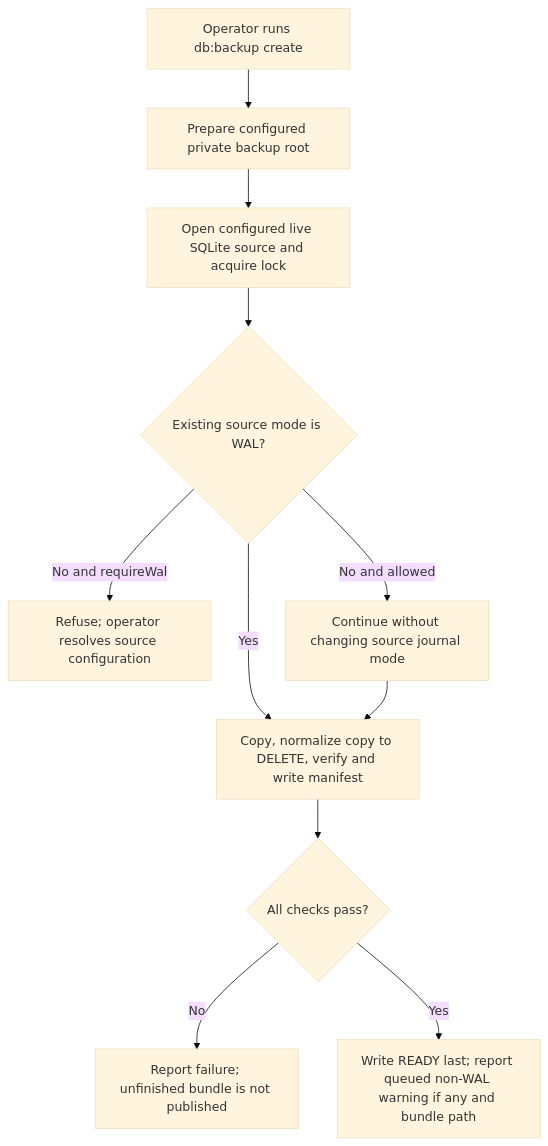
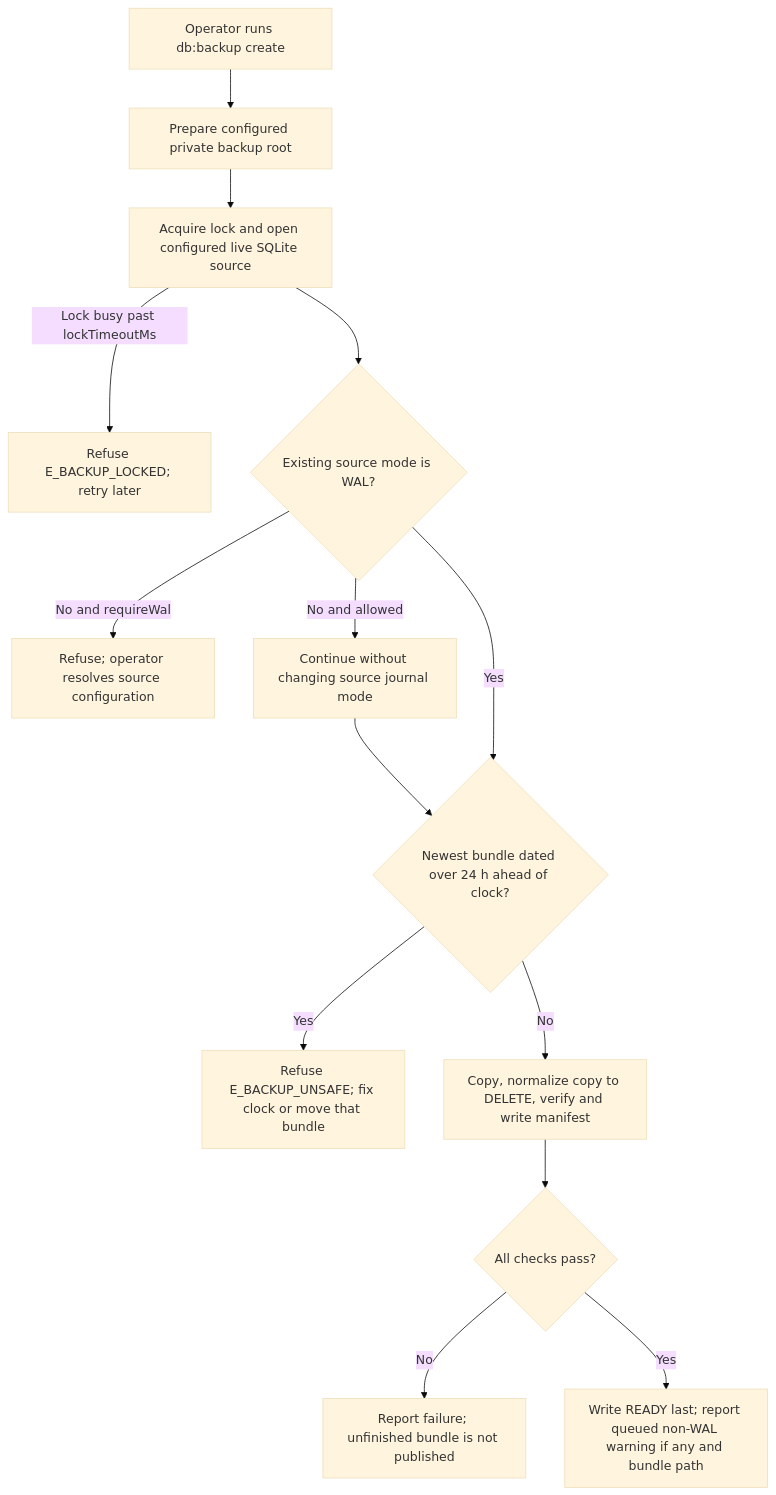
The first of 2 diagrams in user-stories/create-bundle/us-op-01-create-bundle.md (Kevinjohn/oss-adonisjs-sqlite-backup), drawn with Mermaid (base theme) before and after one commit. The commit also changed other lines of this file and 9 other files, not shown here.

````diff
--- a/user-stories/create-bundle/us-op-01-create-bundle.md
+++ b/user-stories/create-bundle/us-op-01-create-bundle.md
@@ -22,13 +23,16 @@
 ```mermaid
 flowchart TD
     A["Operator runs db:backup create"] --> B["Prepare configured private backup root"]
-    B --> C["Open configured live SQLite source and acquire lock"]
+    B --> C["Acquire lock and open configured live SQLite source"]
+    C -->|Lock busy past lockTimeoutMs| X["Refuse E_BACKUP_LOCKED; retry later"]
     C --> J{"Existing source mode is WAL?"}
     J -->|No and requireWal| K["Refuse; operator resolves source configuration"]
     J -->|No and allowed| L["Continue without changing source journal mode"]
-    J -->|Yes| D["Copy, normalize copy to DELETE, verify and write manifest"]
-    L --> D
+    L --> Y{"Newest bundle dated over 24 h ahead of clock?"}
+    J -->|Yes| Y
+    Y -->|Yes| Z["Refuse E_BACKUP_UNSAFE; fix clock or move that bundle"]
+    Y -->|No| D["Copy, normalize copy to DELETE, verify and write manifest"]
     D --> E{"All checks pass?"}
     E -->|No| F["Report failure; unfinished bundle is not published"]
     E -->|Yes| G["Write READY last; report queued non-WAL warning if any and bundle path"]
 ```
````
